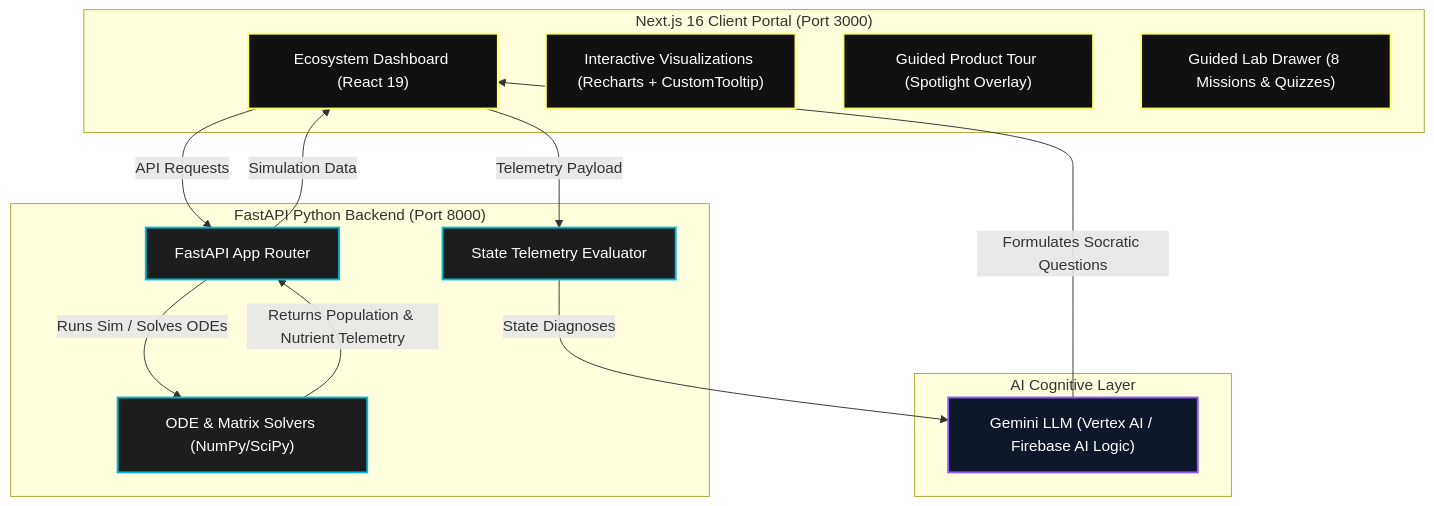
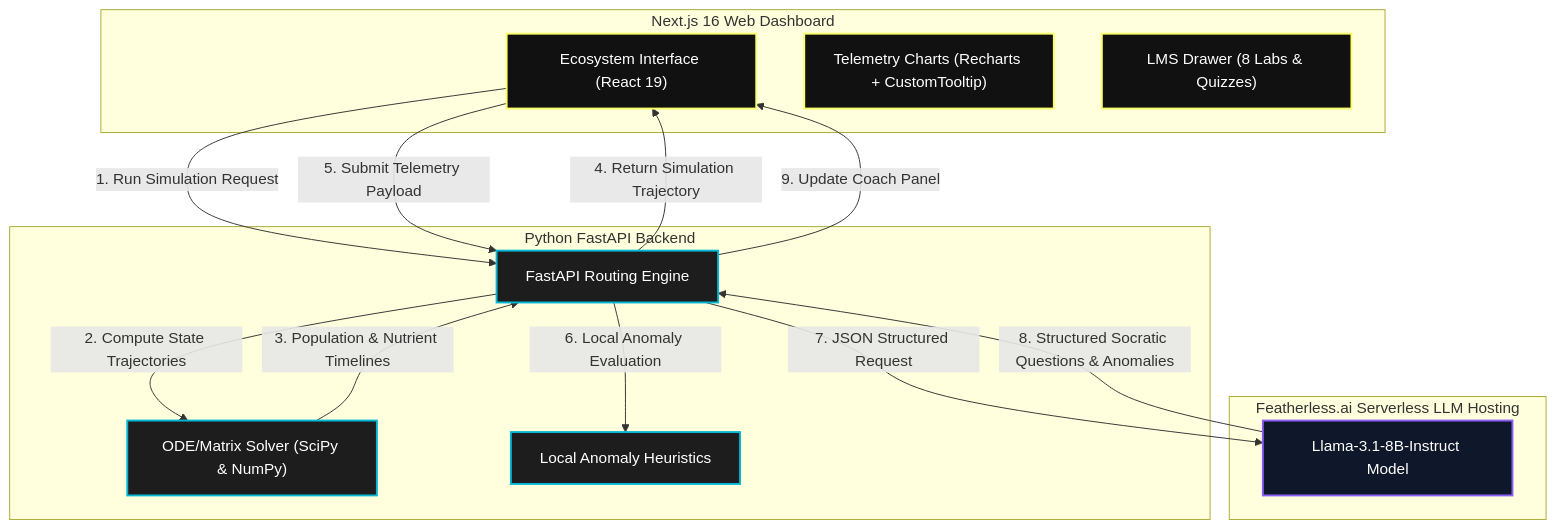
The diagram in docs/project_description.md (Dev-angPatil/EcosystemAI), drawn with Mermaid before and after one commit. The commit also changed other lines of this file, not shown here.

Commit message:
docs: Update project description with LaTeX math models, Featherless.ai telemetry loop details, and Curriculum Labs reference table

````diff
--- a/docs/project_description.md
+++ b/docs/project_description.md
@@ -9,32 +9,32 @@
 ```mermaid
 graph TD
     classDef client fill:#111111,stroke:#faff69,stroke-width:2px,color:#ffffff;
     classDef server fill:#1d1d1d,stroke:#06b6d4,stroke-width:2px,color:#ffffff;
     classDef ai fill:#0f172a,stroke:#8b5cf6,stroke-width:2px,color:#ffffff;
     
-    subgraph Client ["Next.js 16 Client Portal (Port 3000)"]
-        UI["Ecosystem Dashboard (React 19)"]:::client
-        Charts["Interactive Visualizations (Recharts + CustomTooltip)"]:::client
-        Tour["Guided Product Tour (Spotlight Overlay)"]:::client
-        LMS["Guided Lab Drawer (8 Missions & Quizzes)"]:::client
+    subgraph Client ["Next.js 16 Web Dashboard"]
+        UI["Ecosystem Interface (React 19)"]:::client
+        Charts["Telemetry Charts (Recharts + CustomTooltip)"]:::client
+        LMS["LMS Drawer (8 Labs & Quizzes)"]:::client
     end
 
-    subgraph Backend ["FastAPI Python Backend (Port 8000)"]
-        API["FastAPI App Router"]:::server
-        Solvers["ODE & Matrix Solvers (NumPy/SciPy)"]:::server
-        Telemetry["State Telemetry Evaluator"]:::server
+    subgraph Backend ["Python FastAPI Backend"]
+        API["FastAPI Routing Engine"]:::server
+        Solvers["ODE/Matrix Solver (SciPy & NumPy)"]:::server
+        Heuristics["Local Anomaly Heuristics"]:::server
     end
 
-    subgraph AIOrchestration ["AI Cognitive Layer"]
-        Gemini["Gemini LLM (Vertex AI / Firebase AI Logic)"]:::ai
+    subgraph AIService ["Featherless.ai Serverless LLM Hosting"]
+        Llama["Llama-3.1-8B-Instruct Model"]:::ai
     end
 
-    UI -->|API Requests| API
-    API -->|Runs Sim / Solves ODEs| Solvers
-    Solvers -->|Returns Population & Nutrient Telemetry| API
-    API -->|Simulation Data| UI
-    
-    UI -->|Telemetry Payload| Telemetry
-    Telemetry -->|State Diagnoses| Gemini
-    Gemini -->|Formulates Socratic Questions| UI
+    UI -->|1. Run Simulation Request| API
+    API -->|2. Compute State Trajectories| Solvers
+    Solvers -->|3. Population & Nutrient Timelines| API
+    API -->|4. Return Simulation Trajectory| UI
+    UI -->|5. Submit Telemetry Payload| API
+    API -->|6. Local Anomaly Evaluation| Heuristics
+    API -->|7. JSON Structured Request| Llama
+    Llama -->|8. Structured Socratic Questions & Anomalies| API
+    API -->|9. Update Coach Panel| UI
 ```
````
